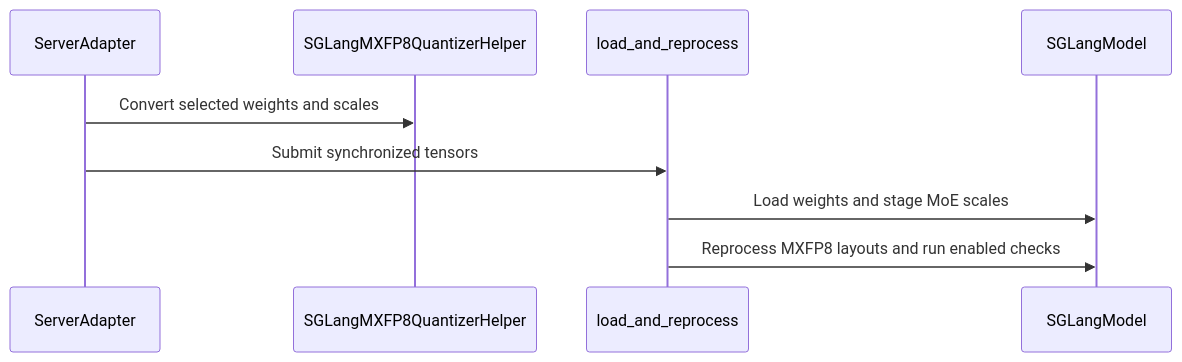
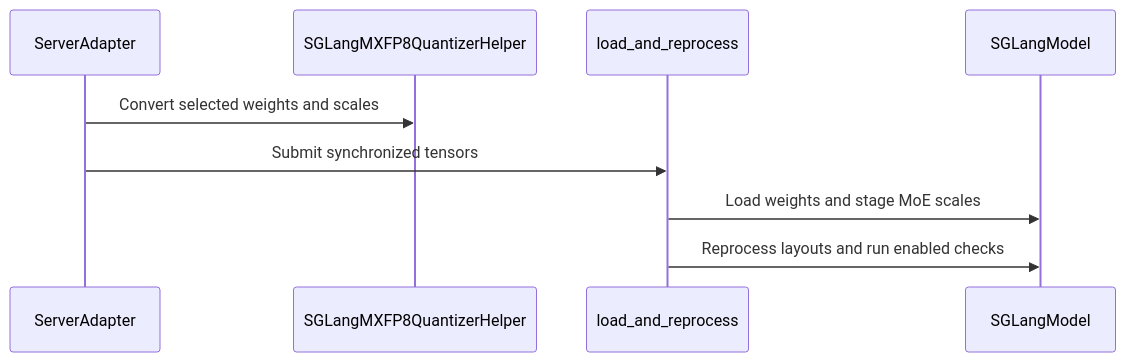
The diagram in knowledge/projects/verl/knowledgebase/upstream/prs/verl-project--verl/PR-8132.md (yuguo-Jack/HCU-TrainFlow), drawn with Mermaid before and after one commit. The commit also changed other lines of this file and 19088 other files, not shown here.

````diff
--- a/knowledge/projects/verl/knowledgebase/upstream/prs/verl-project--verl/PR-8132.md
+++ b/knowledge/projects/verl/knowledgebase/upstream/prs/verl-project--verl/PR-8132.md
@@ -283,11 +700,11 @@
 ```mermaid
 sequenceDiagram
   participant ServerAdapter
   participant SGLangMXFP8QuantizerHelper
   participant load_and_reprocess
   participant SGLangModel
   ServerAdapter->>SGLangMXFP8QuantizerHelper: Convert selected weights and scales
   ServerAdapter->>load_and_reprocess: Submit synchronized tensors
   load_and_reprocess->>SGLangModel: Load weights and stage MoE scales
-  load_and_reprocess->>SGLangModel: Reprocess MXFP8 layouts and run enabled checks
+  load_and_reprocess->>SGLangModel: Reprocess layouts and run enabled checks
 ```
````
